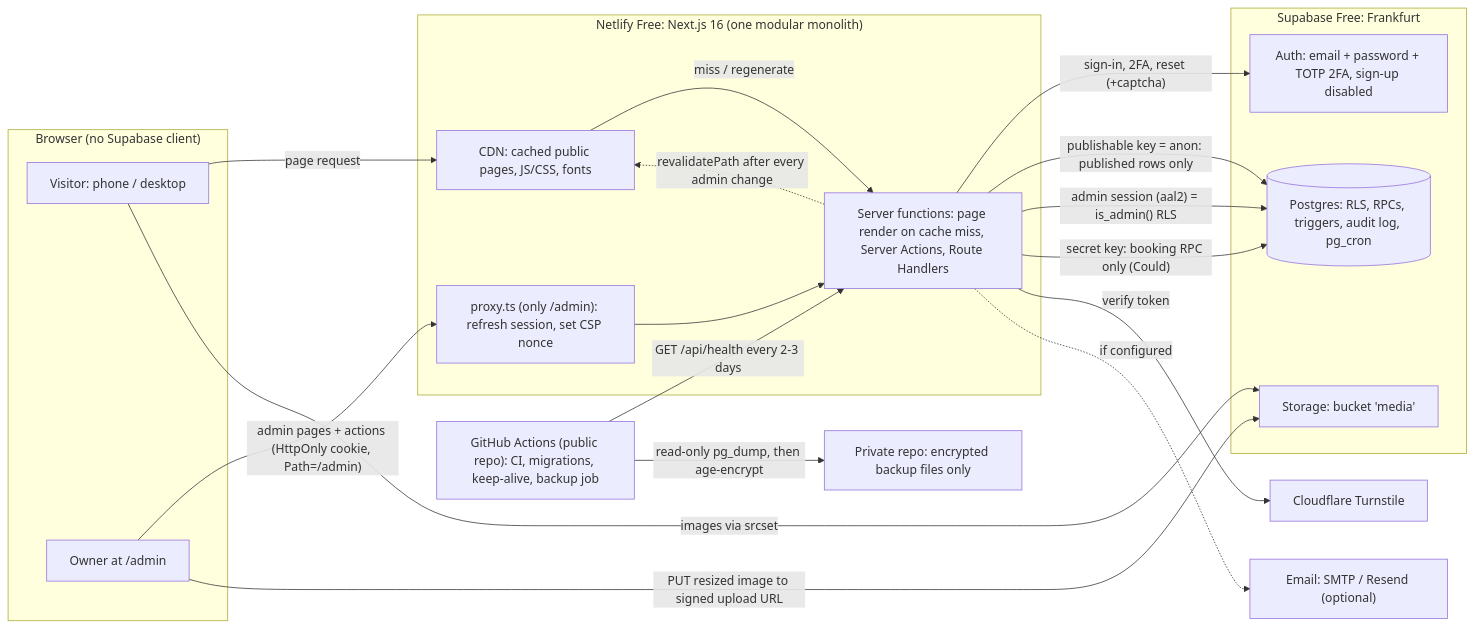
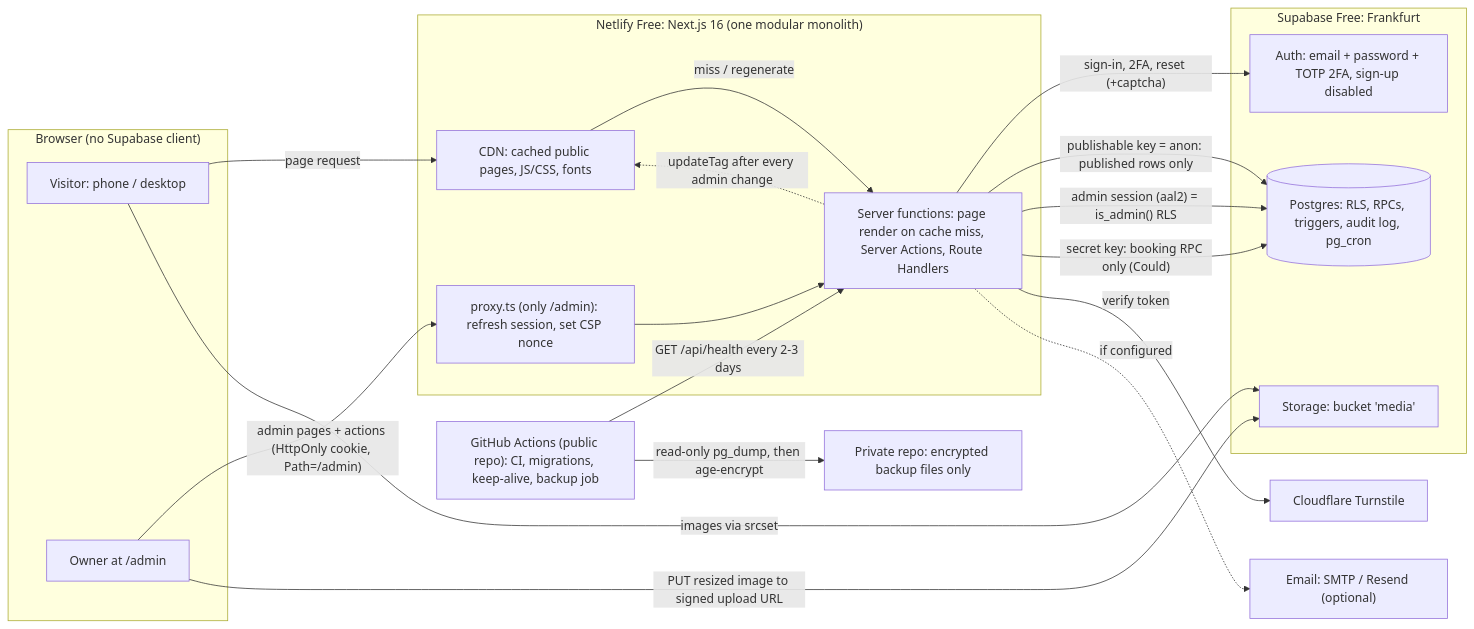
Before and after one commit to Halidx1/sniff-pet-kuafor: the first of 2 diagrams in docs/PLAN.md, drawn with Mermaid. The commit also changed other lines of this file and 3 other files, not shown here.

````diff
--- a/docs/PLAN.md
+++ b/docs/PLAN.md
@@ -71,37 +72,37 @@
 ```mermaid
 flowchart LR
   subgraph B["Browser (no Supabase client)"]
     V["Visitor: phone / desktop"]
     O["Owner at /admin"]
   end
   subgraph N["Netlify Free: Next.js 16 (one modular monolith)"]
     CDN["CDN: cached public pages, JS/CSS, fonts"]
     PX["proxy.ts (only /admin): refresh session, set CSP nonce"]
     FN["Server functions: page render on cache miss, Server Actions, Route Handlers"]
   end
   subgraph S["Supabase Free: Frankfurt"]
     DB[("Postgres: RLS, RPCs, triggers, audit log, pg_cron")]
     AU["Auth: email + password + TOTP 2FA, sign-up disabled"]
     ST["Storage: bucket 'media'"]
   end
   TT["Cloudflare Turnstile"]
   EM["Email: SMTP / Resend (optional)"]
   GA["GitHub Actions (public repo): CI, migrations, keep-alive, backup job"]
   BR["Private repo: encrypted backup files only"]
 
   V -->|"page request"| CDN
   CDN -->|"miss / regenerate"| FN
   V -->|"images via srcset"| ST
   O -->|"admin pages + actions (HttpOnly cookie, Path=/admin)"| PX
   PX --> FN
   O -->|"PUT resized image to signed upload URL"| ST
   FN -->|"sign-in, 2FA, reset (+captcha)"| AU
   FN -->|"publishable key = anon: published rows only"| DB
   FN -->|"admin session (aal2) = is_admin() RLS"| DB
   FN -->|"secret key: booking RPC only (Could)"| DB
   FN -->|"verify token"| TT
-  FN -.->|"revalidatePath after every admin change"| CDN
+  FN -.->|"updateTag after every admin change"| CDN
   FN -.->|"if configured"| EM
   GA -->|"GET /api/health every 2-3 days"| FN
   GA -->|"read-only pg_dump, then age-encrypt"| BR
 ```
````
